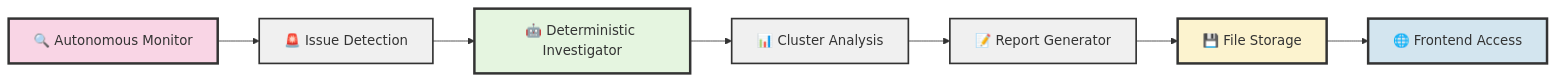
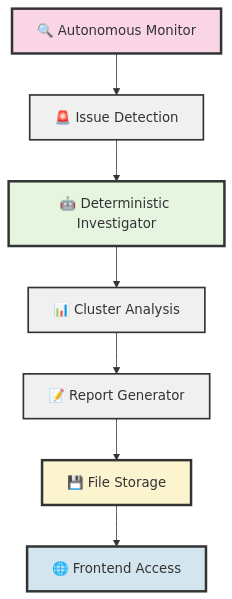
Before and after one commit to Unobtainiumrock/kubernetes-agentic-swam-yc-hackathon: the fourth of 4 diagrams in README.md, drawn with Mermaid. The commit also changed other lines of this file, not shown here.

````diff
--- a/README.md
+++ b/README.md
@@ -168,21 +168,21 @@
 ```mermaid
-flowchart LR
+flowchart TD
     A[🔍 Autonomous Monitor] --> B[🚨 Issue Detection]
     B --> C[🤖 Deterministic Investigator]
     C --> D[📊 Cluster Analysis]
     D --> E[📝 Report Generator]
     E --> F[💾 File Storage]
     F --> G[🌐 Frontend Access]
     
     classDef monitor fill:#f9d5e5,stroke:#333,stroke-width:3px,font-size:16px
     classDef investigator fill:#e5f5e0,stroke:#333,stroke-width:3px,font-size:16px
     classDef storage fill:#fcf3cf,stroke:#333,stroke-width:3px,font-size:16px
     classDef frontend fill:#d3e5ef,stroke:#333,stroke-width:3px,font-size:16px
     classDef process fill:#f0f0f0,stroke:#333,stroke-width:2px,font-size:16px
     
     class A monitor
     class C investigator
     class F storage
     class G frontend
     class B,D,E process
 ```
````
